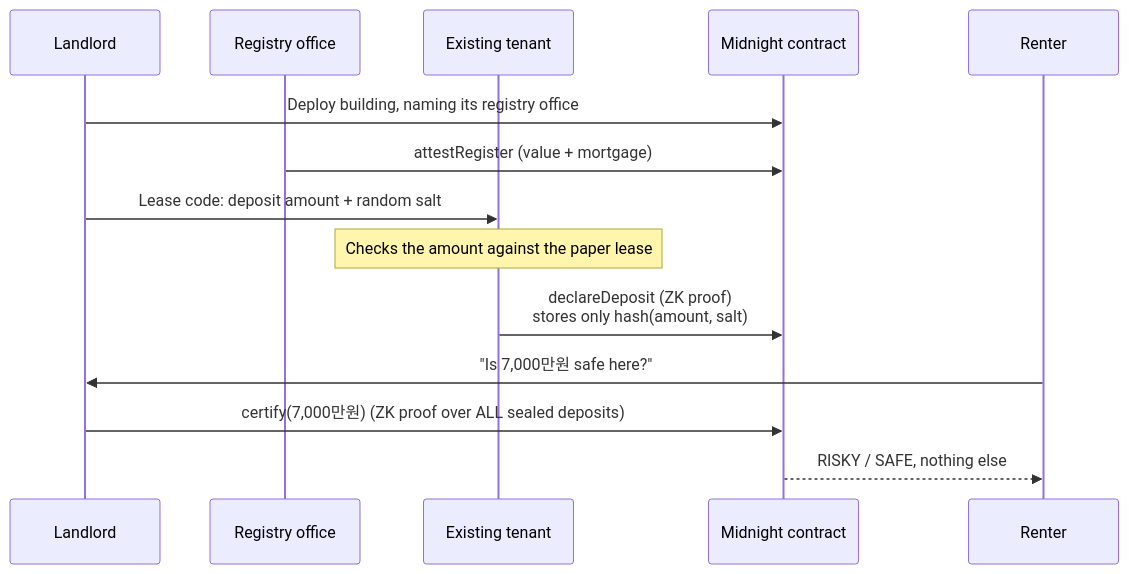
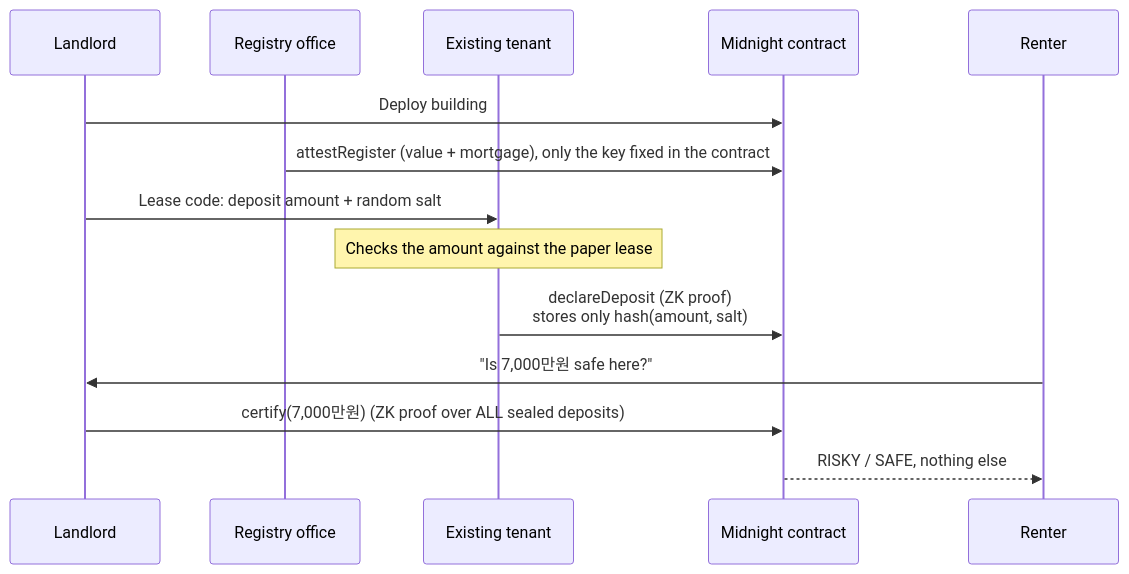
The diagram in README.md (56steve/safejeonse), drawn with Mermaid before and after one commit. The commit also changed other lines of this file and 14 other files, not shown here.

Commit message:
Fix the registry office key inside the contract

````diff
--- a/README.md
+++ b/README.md
@@ -46,17 +46,17 @@
 ```mermaid
 sequenceDiagram
     participant L as Landlord
     participant G as Registry office
     participant T as Existing tenant
     participant C as Midnight contract
     participant R as Renter
 
-    L->>C: Deploy building, naming its registry office
-    G->>C: attestRegister (value + mortgage)
+    L->>C: Deploy building
+    G->>C: attestRegister (value + mortgage), only the key fixed in the contract
     L->>T: Lease code: deposit amount + random salt
     Note over T: Checks the amount against the paper lease
     T->>C: declareDeposit (ZK proof)<br/>stores only hash(amount, salt)
     R->>L: "Is 7,000만원 safe here?"
     L->>C: certify(7,000만원) (ZK proof over ALL sealed deposits)
     C-->>R: RISKY / SAFE, nothing else
 ```
````
